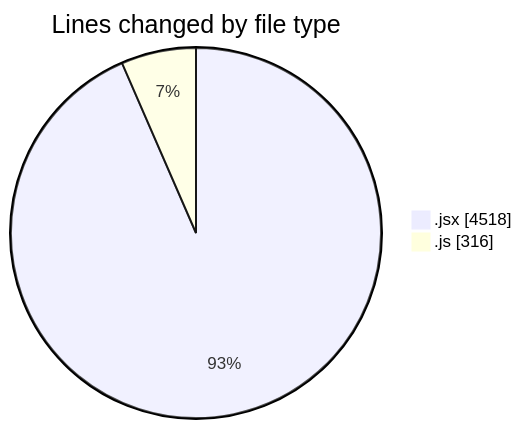
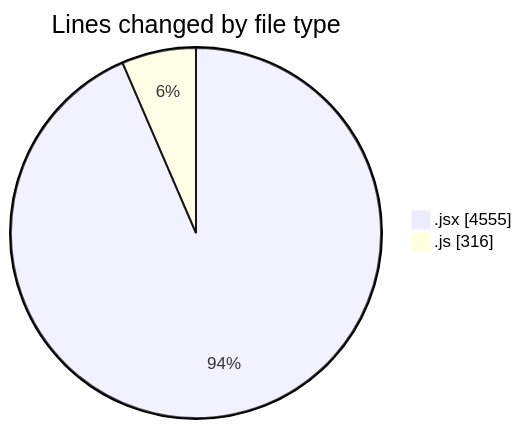
Before and after one commit to nxtqubesakshisongat/code-tracking: the first of 2 diagrams in 2025-07-13/argos/README.md, drawn with Mermaid. The commit also changed other lines of this file and 1 other file, not shown here.

````diff
--- a/2025-07-13/argos/README.md
+++ b/2025-07-13/argos/README.md
@@ -23,6 +23,6 @@
 ```mermaid
 pie showData
 title Lines changed by file type
-".jsx" : 4518
+".jsx" : 4555
 ".js" : 316
 ```
````
